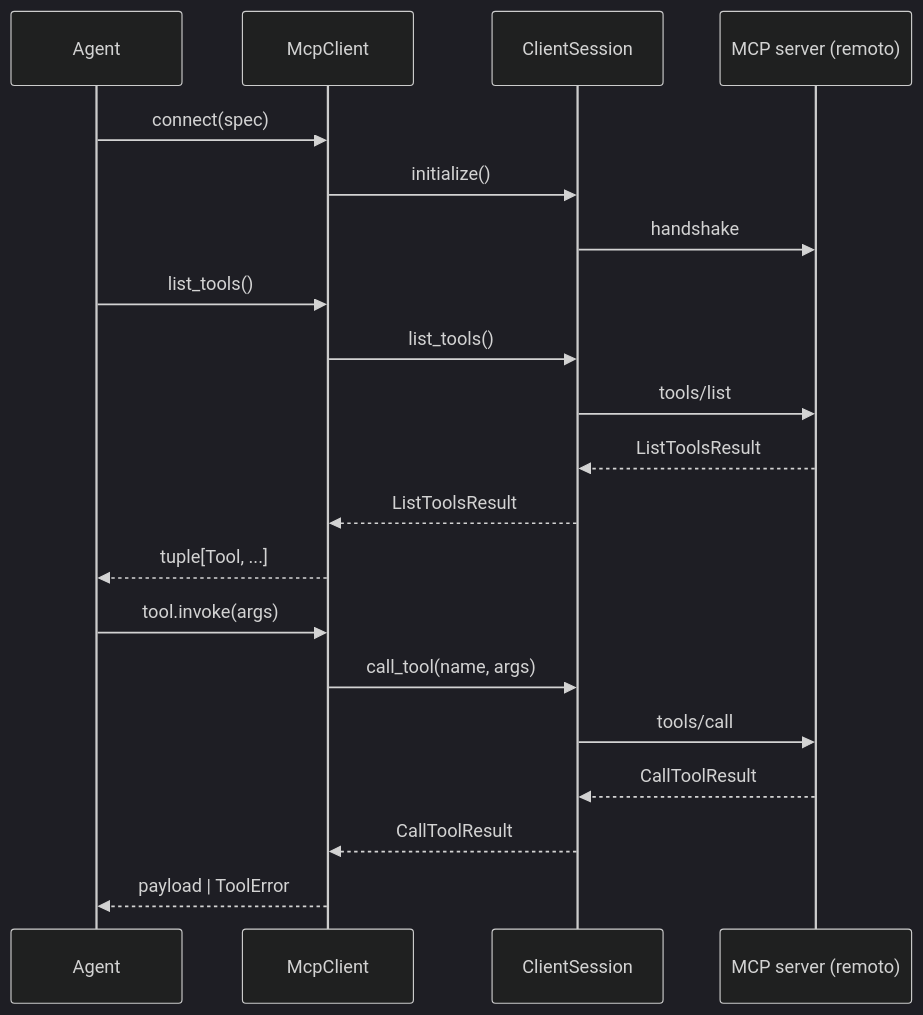
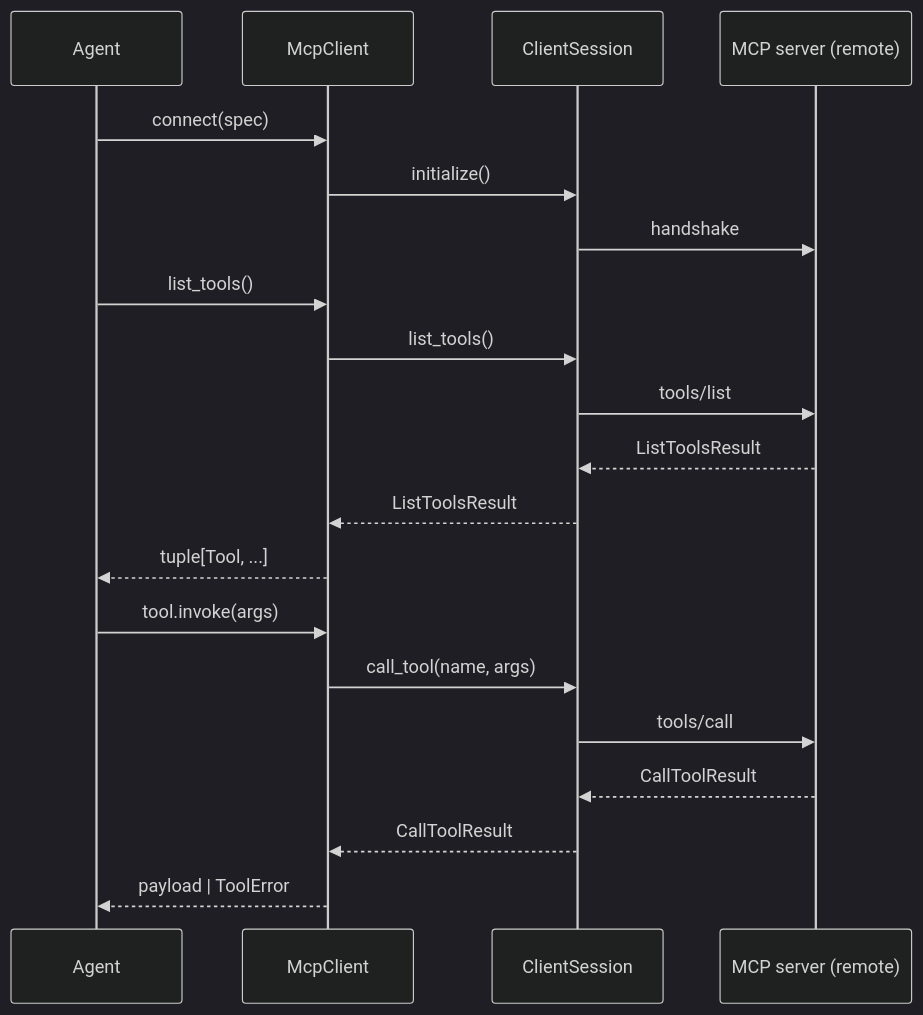
The second of 3 diagrams in docs/mcp/index.md (phronesis-framework/phronesis-framework), drawn with Mermaid (dark theme) before and after one commit. The commit also changed other lines of this file and 17 other files, not shown here.

Commit message:
feat(docs): translate docs to english and replace ascii diagrams with mermaid

````diff
--- a/docs/mcp/index.md
+++ b/docs/mcp/index.md
@@ -150,24 +161,24 @@
 ```mermaid
 sequenceDiagram
     participant Agent
     participant McpClient
     participant ClientSession
-    participant Server as MCP server (remoto)
+    participant Server as MCP server (remote)
 
     Agent->>McpClient: connect(spec)
     McpClient->>ClientSession: initialize()
     ClientSession->>Server: handshake
     Agent->>McpClient: list_tools()
     McpClient->>ClientSession: list_tools()
     ClientSession->>Server: tools/list
     Server-->>ClientSession: ListToolsResult
     ClientSession-->>McpClient: ListToolsResult
     McpClient-->>Agent: tuple[Tool, ...]
 
     Agent->>McpClient: tool.invoke(args)
     McpClient->>ClientSession: call_tool(name, args)
     ClientSession->>Server: tools/call
     Server-->>ClientSession: CallToolResult
     ClientSession-->>McpClient: CallToolResult
     McpClient-->>Agent: payload | ToolError
 ```
````
